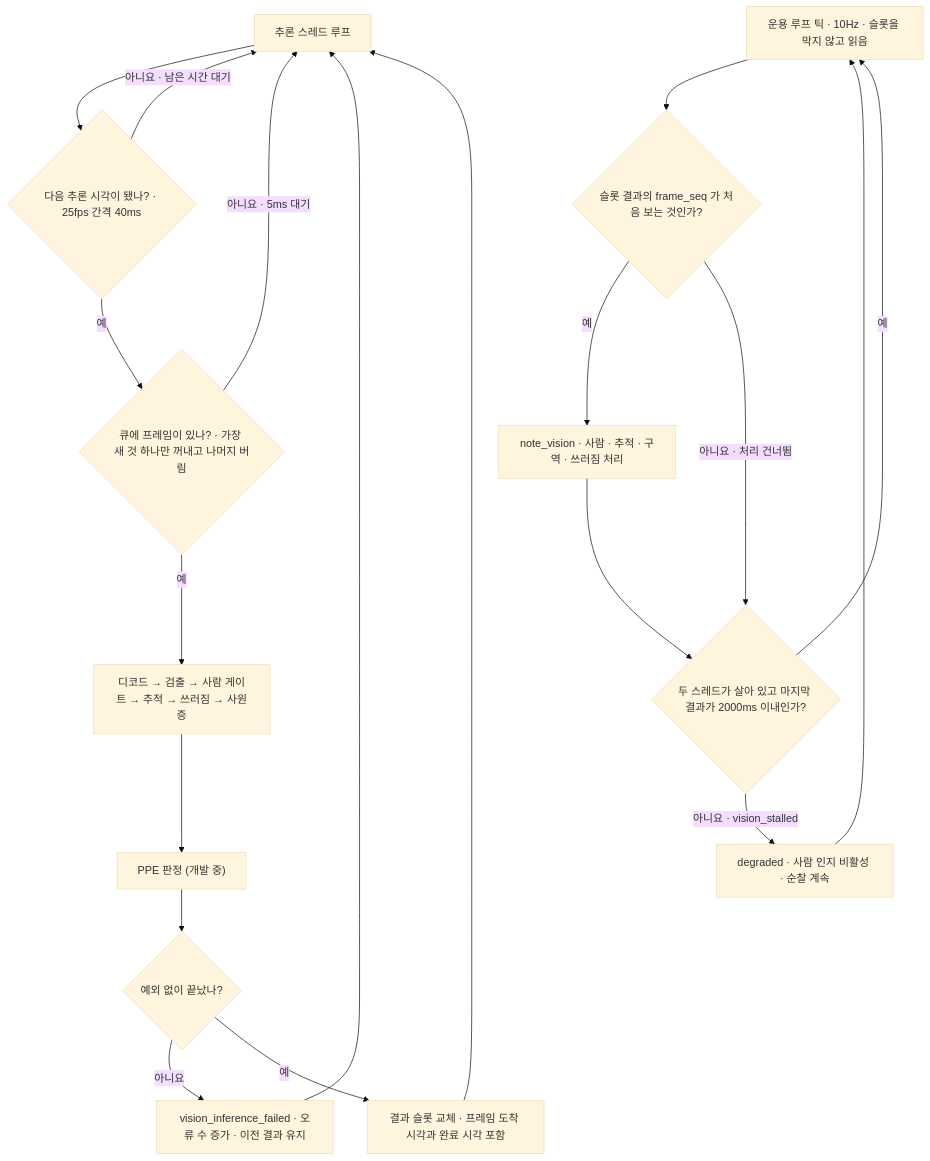
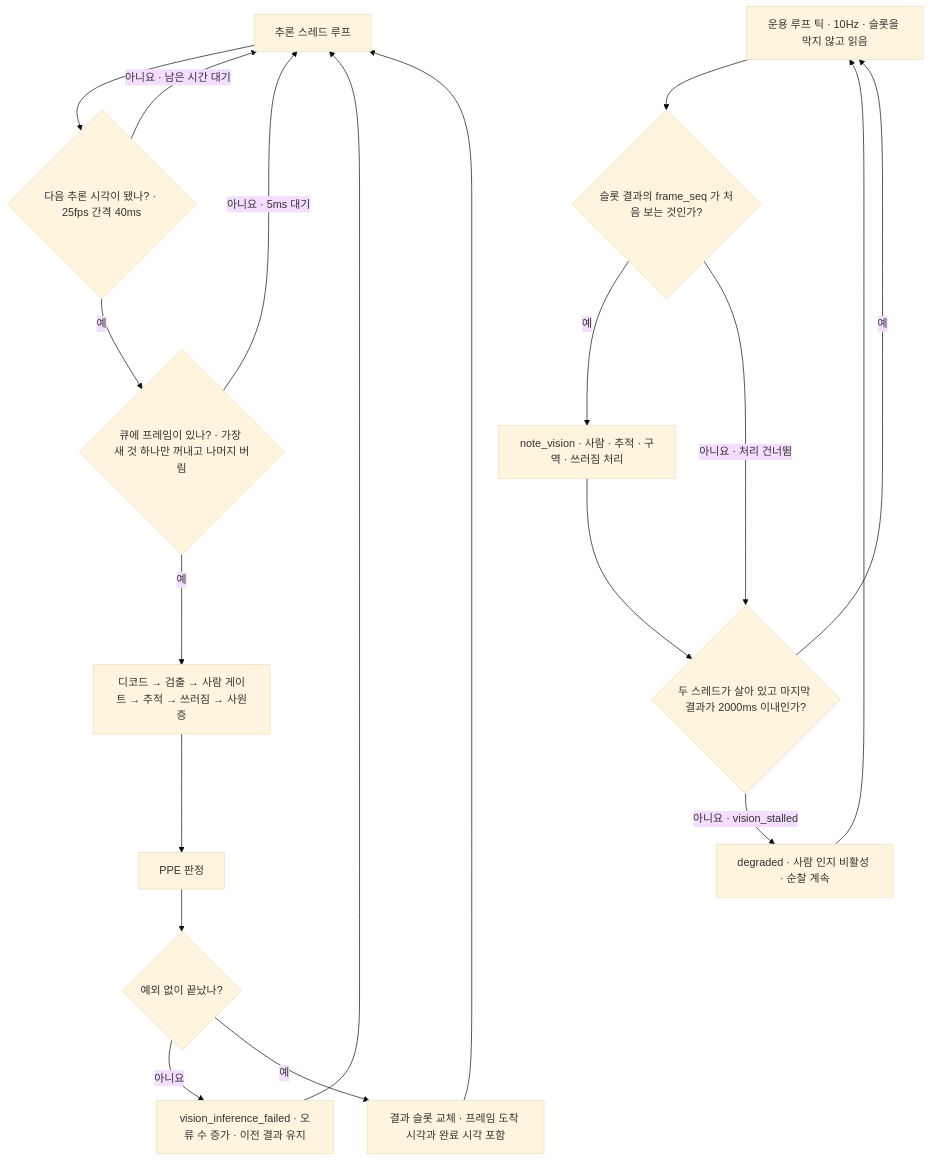
One commit to PJW-1/mechadog changed the second of 2 diagrams in docs/features/vision-stream.md. Above: the diagram before and after it, drawn with Mermaid (base theme). The commit also changed 15 other files, not shown here.

````diff
--- a/docs/features/vision-stream.md
+++ b/docs/features/vision-stream.md
@@ -37,21 +37,21 @@
 ```mermaid
 flowchart TD
   I0["추론 스레드 루프"] --> DUE{"다음 추론 시각이 됐나? · 25fps 간격 40ms"}
   DUE -->|아니요 · 남은 시간 대기| I0
   DUE -->|예| LATEST{"큐에 프레임이 있나? · 가장 새 것 하나만 꺼내고 나머지 버림"}
   LATEST -->|아니요 · 5ms 대기| I0
   LATEST -->|예| RUN["디코드 → 검출 → 사람 게이트 → 추적 → 쓰러짐 → 사원증"]
-  RUN --> PPE["PPE 판정 (개발 중)"]
+  RUN --> PPE["PPE 판정"]
   PPE --> OK{"예외 없이 끝났나?"}
   OK -->|아니요| ERR["vision_inference_failed · 오류 수 증가 · 이전 결과 유지"]
   ERR --> I0
   OK -->|예| SLOT["결과 슬롯 교체 · 프레임 도착 시각과 완료 시각 포함"]
   SLOT --> I0
   T0["운용 루프 틱 · 10Hz · 슬롯을 막지 않고 읽음"] --> NEWSEQ{"슬롯 결과의 frame_seq 가 처음 보는 것인가?"}
   NEWSEQ -->|예| USE["note_vision · 사람 · 추적 · 구역 · 쓰러짐 처리"]
   NEWSEQ -->|아니요 · 처리 건너뜀| HEALTH
   USE --> HEALTH{"두 스레드가 살아 있고 마지막 결과가 2000ms 이내인가?"}
   HEALTH -->|아니요 · vision_stalled| DEG["degraded · 사람 인지 비활성 · 순찰 계속"]
   HEALTH -->|예| T0
   DEG --> T0
 ```
````
